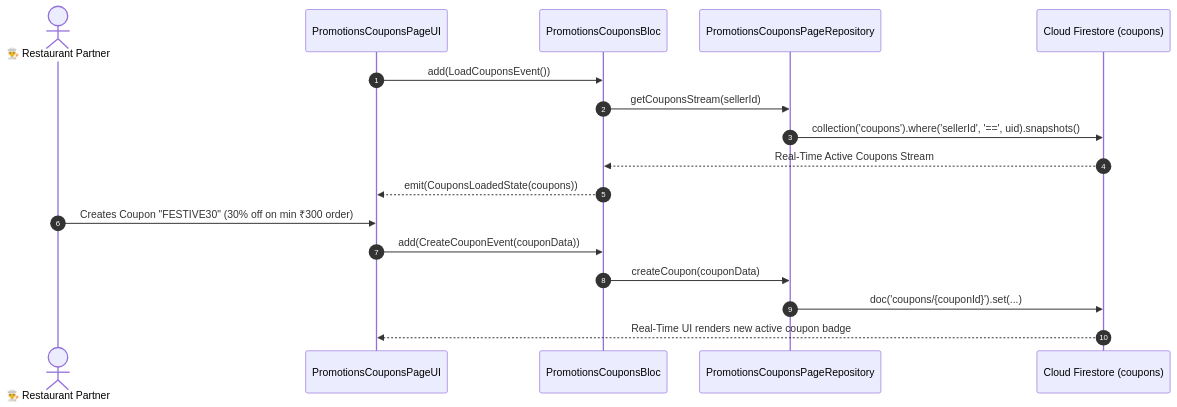
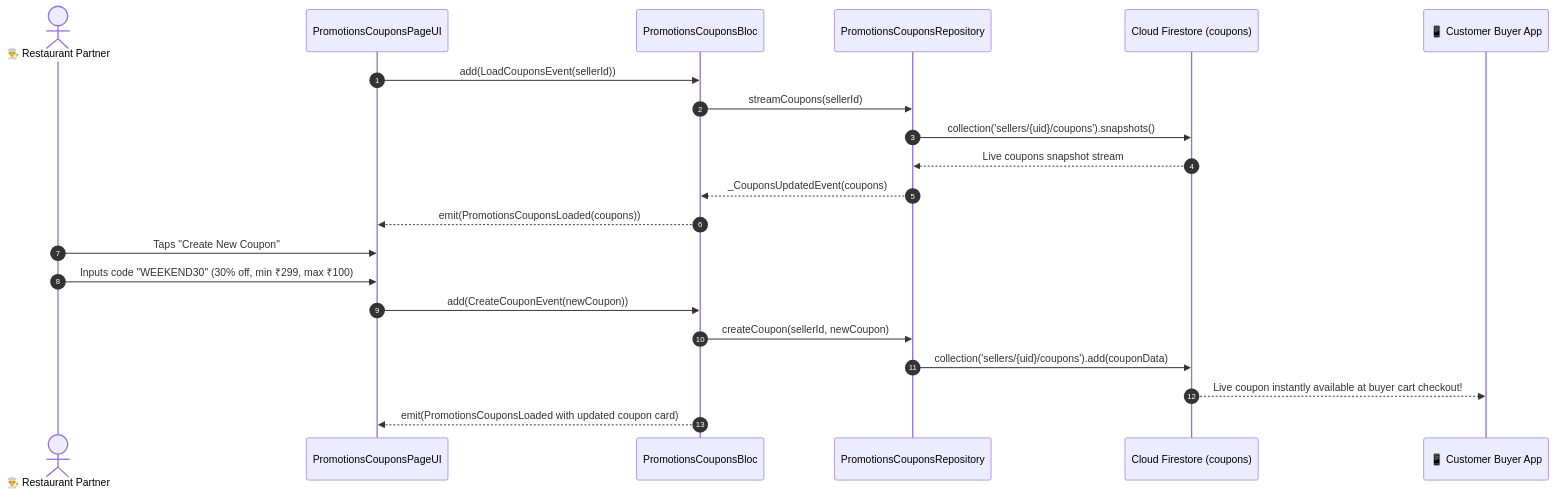
One commit to SRIKUMAR10/food_delivery_app changed the diagram in .md_files/04_Seller_Human_Journey_And_Testing/07_Finance_Payouts_Analytics_And_Settings/30_PROMOTIONS_COUPONS_PAGE.md. Above: the diagram before and after it, drawn with Mermaid. The commit also changed other lines of this file and 204 other files, not shown here.

````diff
--- a/.md_files/04_Seller_Human_Journey_And_Testing/07_Finance_Payouts_Analytics_And_Settings/30_PROMOTIONS_COUPONS_PAGE.md
+++ b/.md_files/04_Seller_Human_Journey_And_Testing/07_Finance_Payouts_Analytics_And_Settings/30_PROMOTIONS_COUPONS_PAGE.md
@@ -17,20 +19,24 @@
 ```mermaid
 sequenceDiagram
     autonumber
     actor Seller as 👨‍🍳 Restaurant Partner
     participant UI as PromotionsCouponsPageUI
     participant Bloc as PromotionsCouponsBloc
-    participant Repo as PromotionsCouponsPageRepository
+    participant Repo as PromotionsCouponsRepository
     participant FS as Cloud Firestore (coupons)
+    participant BuyerApp as 📱 Customer Buyer App
 
-    UI->>Bloc: add(LoadCouponsEvent())
-    Bloc->>Repo: getCouponsStream(sellerId)
-    Repo->>FS: collection('coupons').where('sellerId', '==', uid).snapshots()
-    FS-->>Bloc: Real-Time Active Coupons Stream
-    Bloc-->>UI: emit(CouponsLoadedState(coupons))
-    Seller->>UI: Creates Coupon "FESTIVE30" (30% off on min ₹300 order)
-    UI->>Bloc: add(CreateCouponEvent(couponData))
-    Bloc->>Repo: createCoupon(couponData)
-    Repo->>FS: doc('coupons/{couponId}').set(...)
-    FS-->>UI: Real-Time UI renders new active coupon badge
+    UI->>Bloc: add(LoadCouponsEvent(sellerId))
+    Bloc->>Repo: streamCoupons(sellerId)
+    Repo->>FS: collection('sellers/{uid}/coupons').snapshots()
+    FS-->>Repo: Live coupons snapshot stream
+    Repo-->>Bloc: _CouponsUpdatedEvent(coupons)
+    Bloc-->>UI: emit(PromotionsCouponsLoaded(coupons))
+    Seller->>UI: Taps "Create New Coupon"
+    Seller->>UI: Inputs code "WEEKEND30" (30% off, min ₹299, max ₹100)
+    UI->>Bloc: add(CreateCouponEvent(newCoupon))
+    Bloc->>Repo: createCoupon(sellerId, newCoupon)
+    Repo->>FS: collection('sellers/{uid}/coupons').add(couponData)
+    FS-->>BuyerApp: Live coupon instantly available at buyer cart checkout!
+    Bloc-->>UI: emit(PromotionsCouponsLoaded with updated coupon card)
 ```
````
